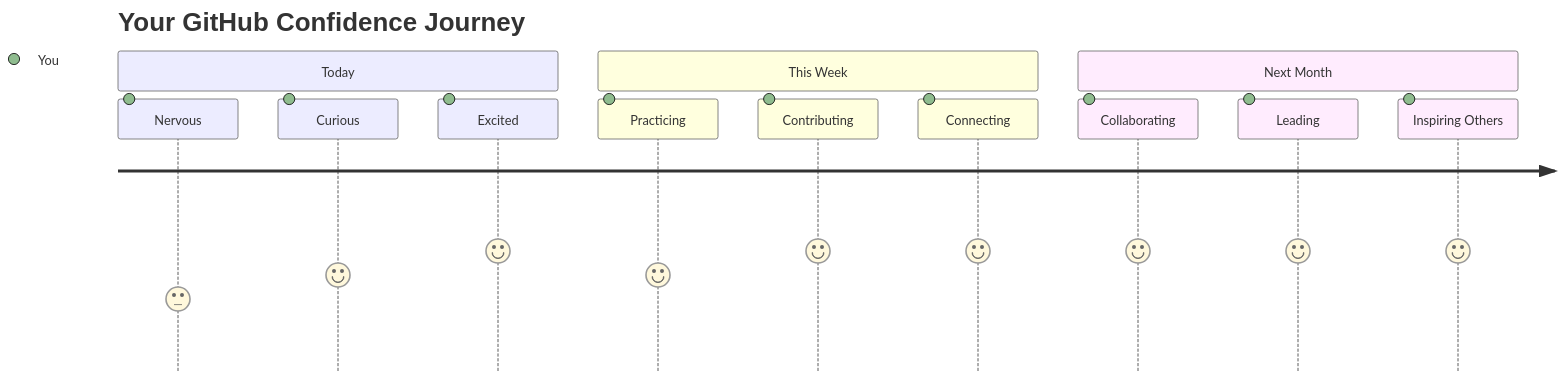
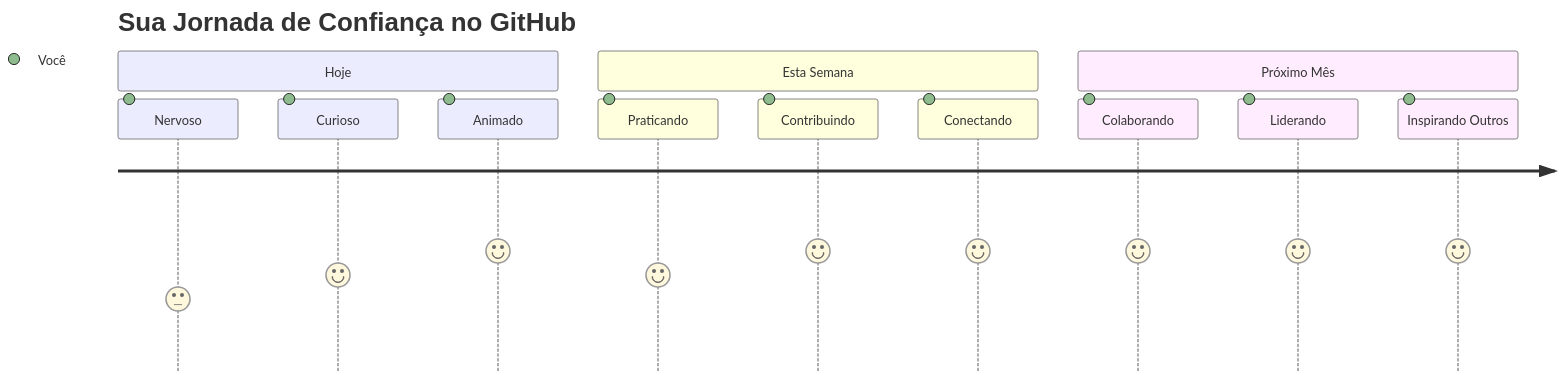
The seventh of 7 diagrams in translations/br/1-getting-started-lessons/2-github-basics/README.md (microsoft/Web-Dev-For-Beginners), drawn with Mermaid before and after one commit. The commit also changed other lines of this file and 17 other files, not shown here.

````diff
--- a/translations/br/1-getting-started-lessons/2-github-basics/README.md
+++ b/translations/br/1-getting-started-lessons/2-github-basics/README.md
@@ -755,16 +750,16 @@
 ```mermaid
 journey
-    title Your GitHub Confidence Journey
-    section Today
-      Nervous: 3: You
-      Curious: 4: You
-      Excited: 5: You
-    section This Week
-      Practicing: 4: You
-      Contributing: 5: You
-      Connecting: 5: You
-    section Next Month
-      Collaborating: 5: You
-      Leading: 5: You
-      Inspiring Others: 5: You
+    title Sua Jornada de Confiança no GitHub
+    section Hoje
+      Nervoso: 3: Você
+      Curioso: 4: Você
+      Animado: 5: Você
+    section Esta Semana
+      Praticando: 4: Você
+      Contribuindo: 5: Você
+      Conectando: 5: Você
+    section Próximo Mês
+      Colaborando: 5: Você
+      Liderando: 5: Você
+      Inspirando Outros: 5: Você
 ```
````
